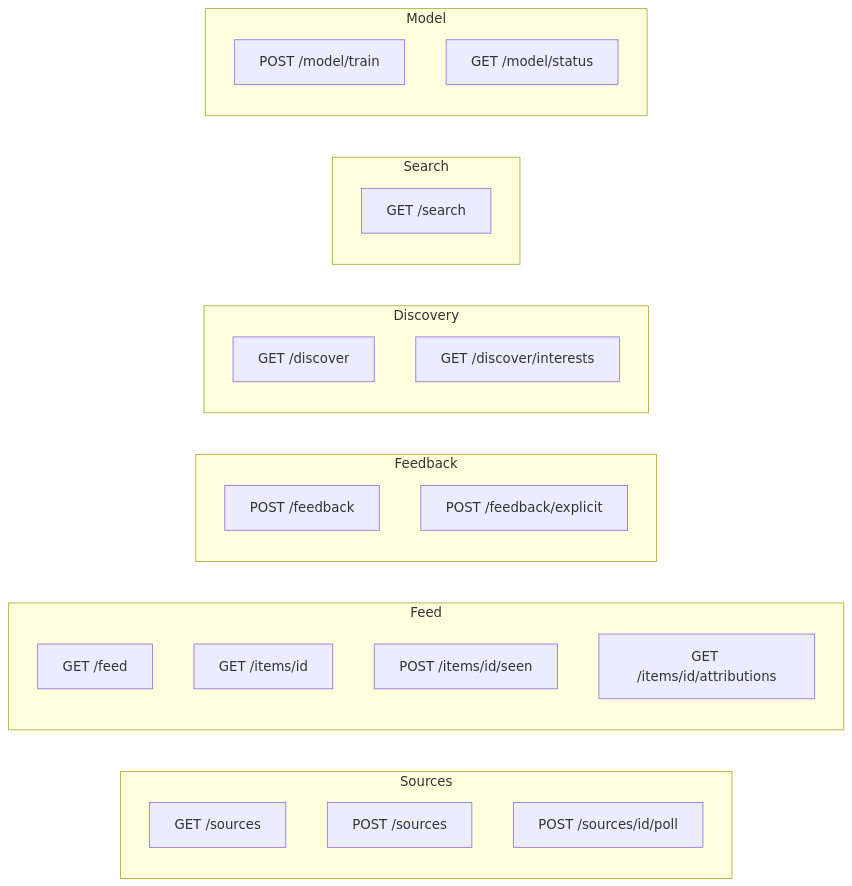
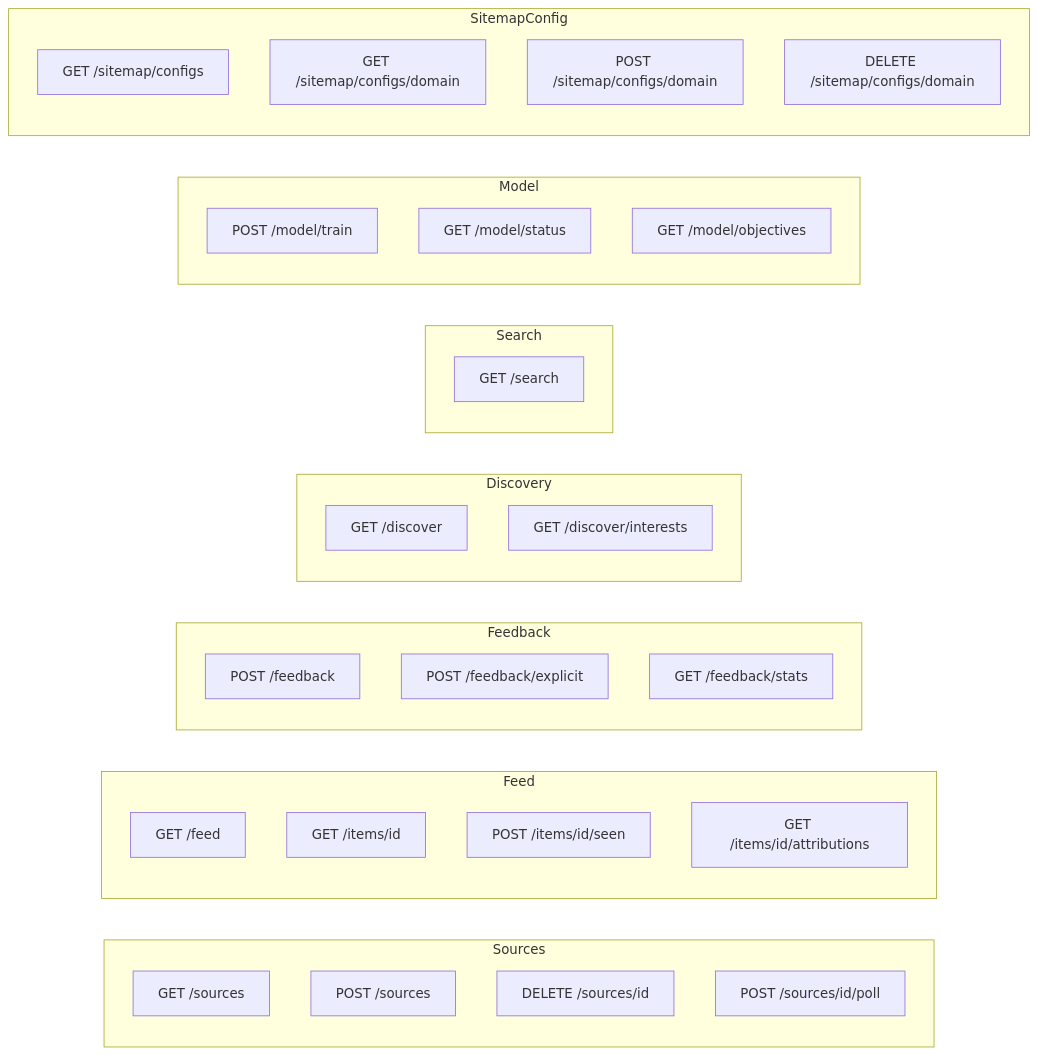
The sixth of 6 diagrams in docs/architecture.md (AdamDadeH/omnifeed), drawn with Mermaid before and after one commit. The commit also changed other lines of this file and 17 other files, not shown here.

````diff
--- a/docs/architecture.md
+++ b/docs/architecture.md
@@ -191,34 +211,44 @@
 ```mermaid
 flowchart LR
     subgraph Sources
         GET_SRC[GET /sources]
         POST_SRC[POST /sources]
+        DEL_SRC[DELETE /sources/id]
         POLL[POST /sources/id/poll]
     end
 
     subgraph Feed
         GET_FEED[GET /feed]
         GET_ITEM[GET /items/id]
         MARK_SEEN[POST /items/id/seen]
         GET_ATTR[GET /items/id/attributions]
     end
 
     subgraph Feedback
         POST_FB[POST /feedback]
         POST_EXPLICIT[POST /feedback/explicit]
+        GET_STATS[GET /feedback/stats]
     end
 
     subgraph Discovery
         GET_DISC[GET /discover]
         GET_INT[GET /discover/interests]
     end
 
     subgraph Search
         SEARCH[GET /search]
     end
 
     subgraph Model
         TRAIN[POST /model/train]
         STATUS[GET /model/status]
+        OBJECTIVES[GET /model/objectives]
+    end
+
+    subgraph SitemapConfig
+        LIST_CFG[GET /sitemap/configs]
+        GET_CFG[GET /sitemap/configs/domain]
+        POST_CFG[POST /sitemap/configs/domain]
+        DEL_CFG[DELETE /sitemap/configs/domain]
     end
 ```
````
